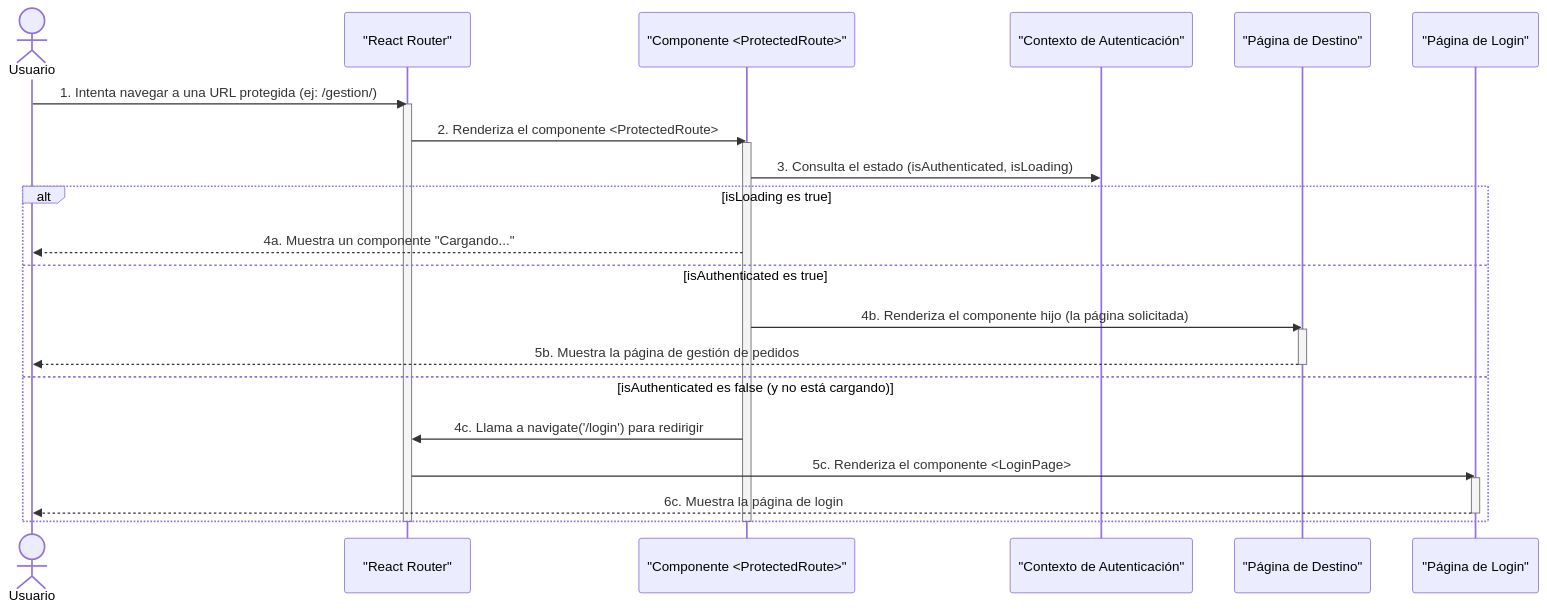
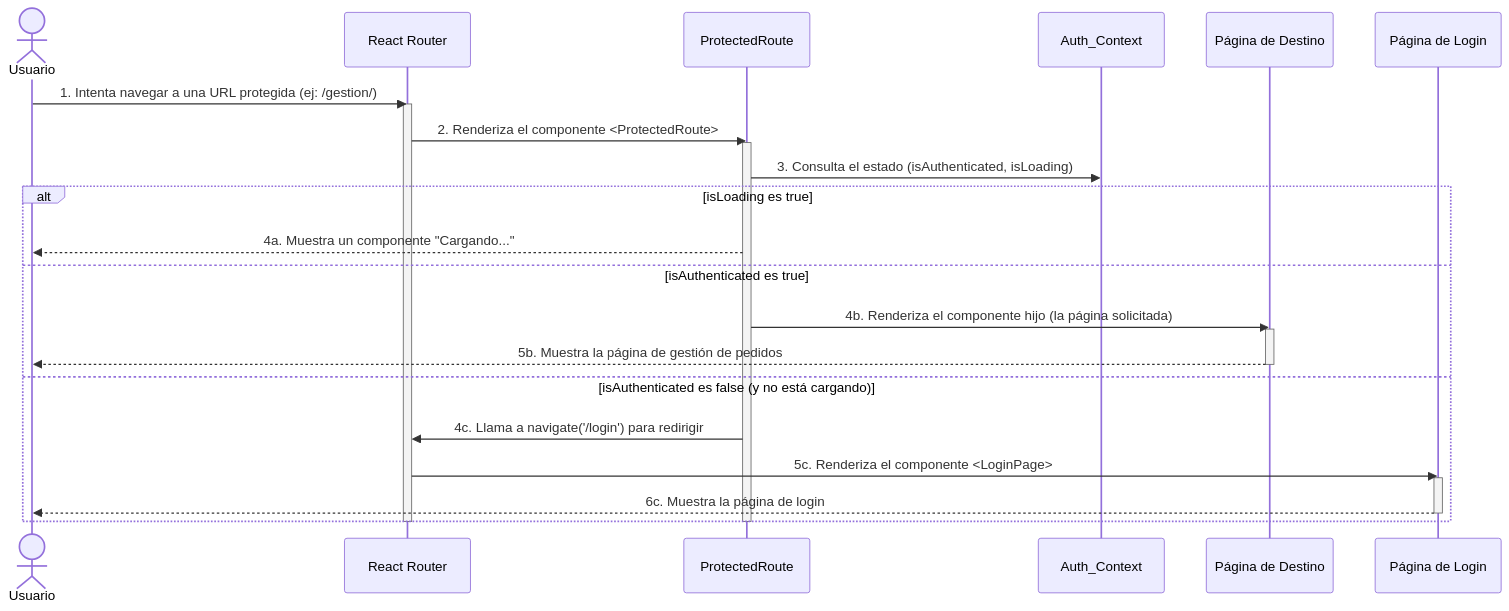
One commit to ivanPeceto/Sistema-ERP-Como-en-Casa changed the diagram in graficos/Obsidian Vault/Frontend/Flujo Datos Ruta Protegida.md. Above: the diagram before and after it, drawn with Mermaid. The commit also changed 11 other files, not shown here.

````diff
--- a/graficos/Obsidian Vault/Frontend/Flujo Datos Ruta Protegida.md
+++ b/graficos/Obsidian Vault/Frontend/Flujo Datos Ruta Protegida.md
@@ -1,37 +1,37 @@
 ```mermaid
 sequenceDiagram
     actor Usuario
-    participant Router as "React Router"
-    participant ProtectedRoute as "Componente <ProtectedRoute>"
-    participant AuthContext as "Contexto de Autenticación"
-    participant PaginaProtegida as "Página de Destino"
-    participant LoginPage as "Página de Login"
+    participant Router as React Router
+    participant ProtectedRoute as ProtectedRoute
+    participant AuthContext as Auth_Context
+    participant PaginaProtegida as Página de Destino
+    participant LoginPage as Página de Login
 
     Usuario->>Router: 1. Intenta navegar a una URL protegida (ej: /gestion/)
     activate Router
 
     Router->>ProtectedRoute: 2. Renderiza el componente <ProtectedRoute>
     activate ProtectedRoute
     
     ProtectedRoute->>AuthContext: 3. Consulta el estado (isAuthenticated, isLoading)
     
     alt isLoading es true
         ProtectedRoute-->>Usuario: 4a. Muestra un componente "Cargando..."
     else isAuthenticated es true
         ProtectedRoute->>PaginaProtegida: 4b. Renderiza el componente hijo (la página solicitada)
         activate PaginaProtegida
         PaginaProtegida-->>Usuario: 5b. Muestra la página de gestión de pedidos
         deactivate PaginaProtegida
     else isAuthenticated es false (y no está cargando)
         ProtectedRoute->>Router: 4c. Llama a navigate('/login') para redirigir
         
         Router->>LoginPage: 5c. Renderiza el componente <LoginPage>
         activate LoginPage
         LoginPage-->>Usuario: 6c. Muestra la página de login
         deactivate LoginPage
     end
 
     deactivate ProtectedRoute
     deactivate Router
 
 ```
````
